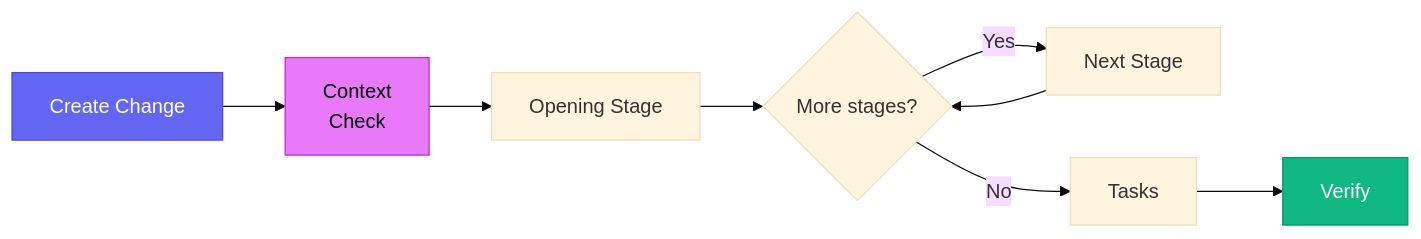
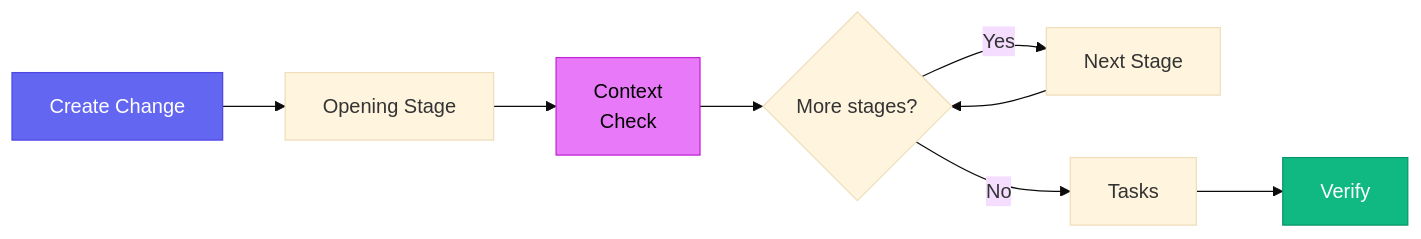
The second of 3 diagrams in docs/workflow-guide.md (HendryAvila/sdd-hoffy), drawn with Mermaid (base theme) before and after one commit. The commit also changed other lines of this file and 1 other file, not shown here.

Commit message:
docs: update tool-reference and workflow-guide for v1.0 — 40 tools, 9-stage pipeline, charter, principles, sdd_audit, docs/ paths

````diff
--- a/docs/workflow-guide.md
+++ b/docs/workflow-guide.md
@@ -242,14 +268,14 @@
 ```mermaid
 flowchart LR
-    A[Create Change] --> CC["Context\nCheck"]
-    CC --> B[Opening Stage]
-    B --> C{More stages?}
+    A[Create Change] --> B[Opening Stage]
+    B --> CC["Context\nCheck"]
+    CC --> C{More stages?}
     C -->|Yes| D[Next Stage]
     D --> C
     C -->|No| E[Tasks]
     E --> F[Verify]
 
     style A fill:#6366f1,stroke:#4f46e5,color:#fff
     style CC fill:#e879f9,stroke:#c026d3,color:#000
     style F fill:#10b981,stroke:#059669,color:#fff
 ```
````
